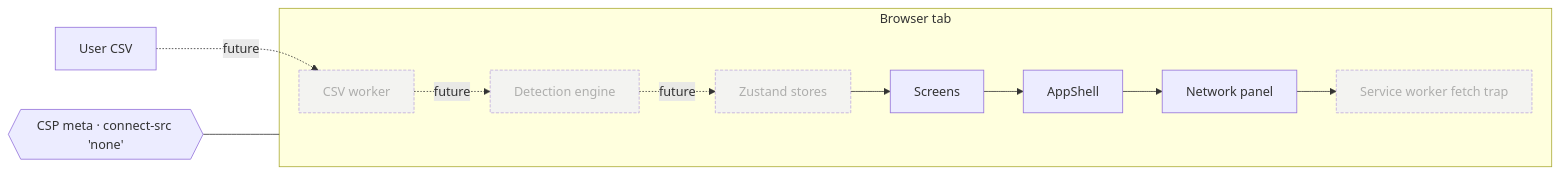
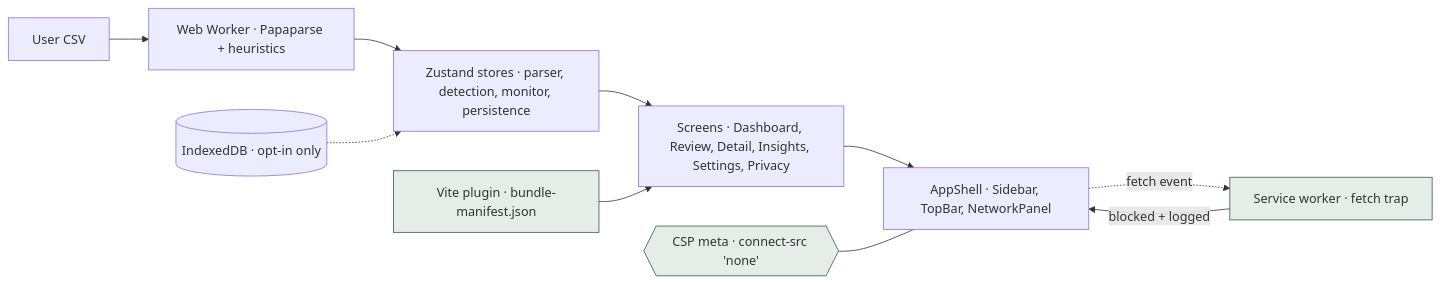
Before and after one commit to NickSanft/Subliminate: the diagram in README.md, drawn with Mermaid. The commit also changed other lines of this file and 6 other files, not shown here.

````diff
--- a/README.md
+++ b/README.md
@@ -37,18 +42,15 @@
 ```mermaid
 flowchart LR
-  user[User CSV] -.future.-> parser
-  subgraph browser[Browser tab]
-    parser[CSV worker] -.future.-> detection
-    detection[Detection engine] -.future.-> stores
-    stores[Zustand stores]
-    stores --> ui[Screens]
-    ui --> shell[AppShell]
-    shell --> network[Network panel]
-    network --> sw[Service worker fetch trap]:::future
-  end
-  csp{{CSP meta · connect-src 'none'}}
-  csp --- browser
+  csv["User CSV"] --> parser["Web Worker · Papaparse + heuristics"]
+  parser --> stores["Zustand stores · parser, detection, monitor, persistence"]
+  stores --> ui["Screens · Dashboard, Review, Detail, Insights, Settings, Privacy"]
+  ui --> shell["AppShell · Sidebar, TopBar, NetworkPanel"]
+  shell -. fetch event .-> sw["Service worker · fetch trap"]
+  sw -- blocked + logged --> shell
+  csp{{"CSP meta · connect-src 'none'"}} --- shell
+  manifest["Vite plugin · bundle-manifest.json"] --> ui
+  idb[("IndexedDB · opt-in only")] -.-> stores
 
-  classDef future stroke-dasharray: 4 2,opacity:0.6;
-  class parser,detection,stores,sw future
+  classDef trust fill:#E6EDE8,stroke:#2E5C53;
+  class sw,csp,manifest trust
 ```
````
